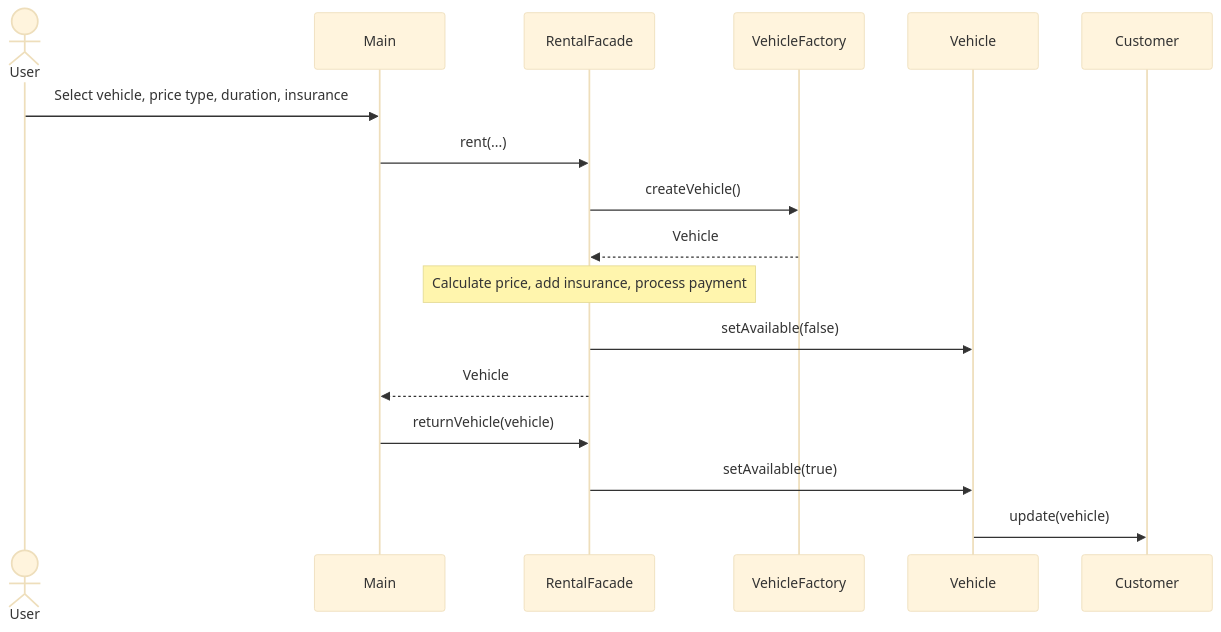
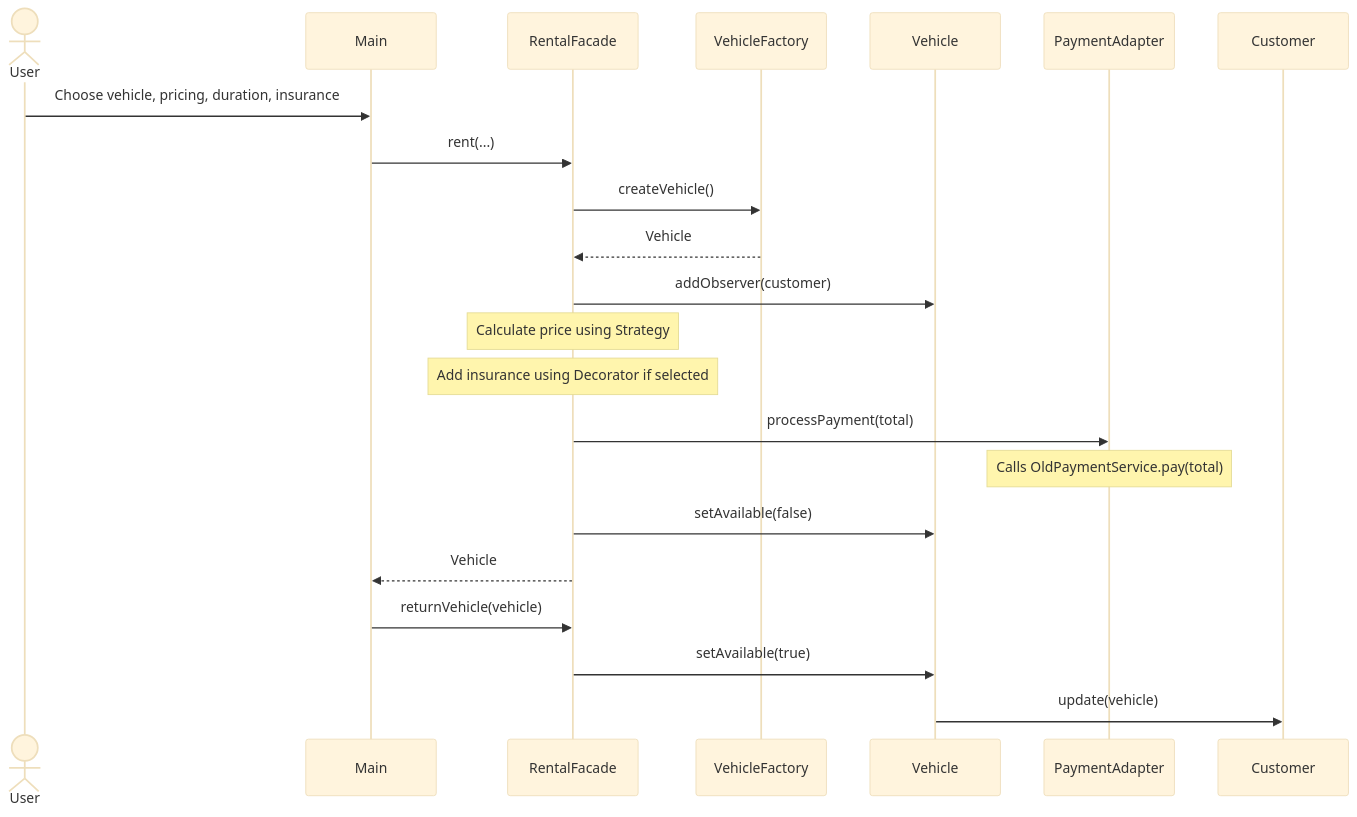
Before and after one commit to Nurgissa17/Vehicle-Rental-Service: the second of 2 diagrams in README.md, drawn with Mermaid (base theme). The commit also changed other lines of this file, not shown here.

Commit message:
add README with UML diagrams

````diff
--- a/README.md
+++ b/README.md
@@ -83,20 +86,25 @@
 ```mermaid
 sequenceDiagram
     actor User
     participant Main
-    participant RentalFacade
-    participant VehicleFactory
+    participant Facade as RentalFacade
+    participant Factory as VehicleFactory
     participant Vehicle
+    participant Payment as PaymentAdapter
     participant Customer
 
-    User->>Main: Select vehicle, price type, duration, insurance
-    Main->>RentalFacade: rent(...)
-    RentalFacade->>VehicleFactory: createVehicle()
-    VehicleFactory-->>RentalFacade: Vehicle
-    Note over RentalFacade: Calculate price, add insurance, process payment
-    RentalFacade->>Vehicle: setAvailable(false)
-    RentalFacade-->>Main: Vehicle
-    Main->>RentalFacade: returnVehicle(vehicle)
-    RentalFacade->>Vehicle: setAvailable(true)
+    User->>Main: Choose vehicle, pricing, duration, insurance
+    Main->>Facade: rent(...)
+    Facade->>Factory: createVehicle()
+    Factory-->>Facade: Vehicle
+    Facade->>Vehicle: addObserver(customer)
+    Note over Facade: Calculate price using Strategy
+    Note over Facade: Add insurance using Decorator if selected
+    Facade->>Payment: processPayment(total)
+    Note over Payment: Calls OldPaymentService.pay(total)
+    Facade->>Vehicle: setAvailable(false)
+    Facade-->>Main: Vehicle
+    Main->>Facade: returnVehicle(vehicle)
+    Facade->>Vehicle: setAvailable(true)
     Vehicle->>Customer: update(vehicle)
 ```
````
